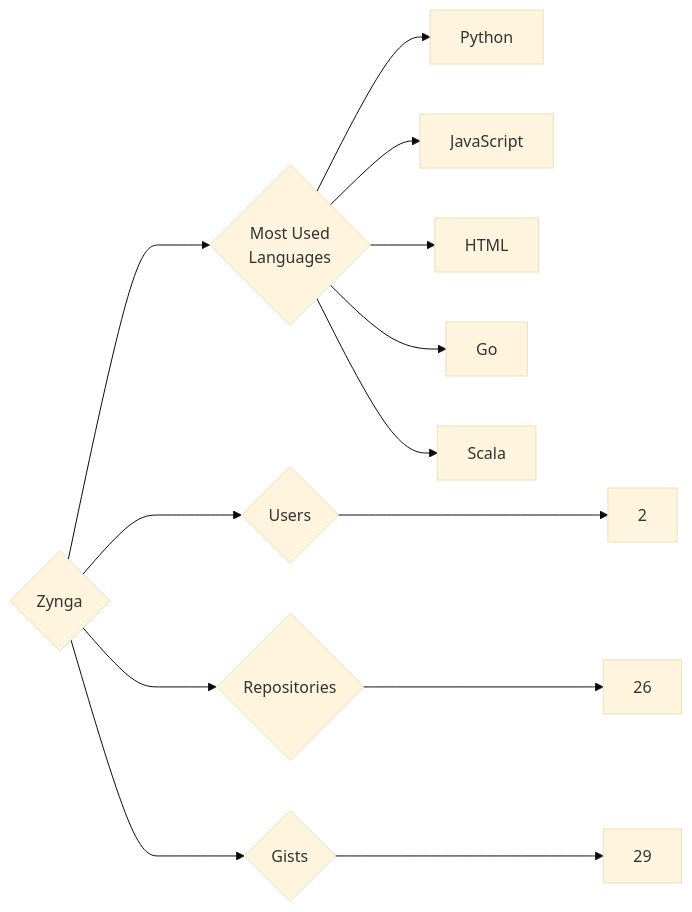
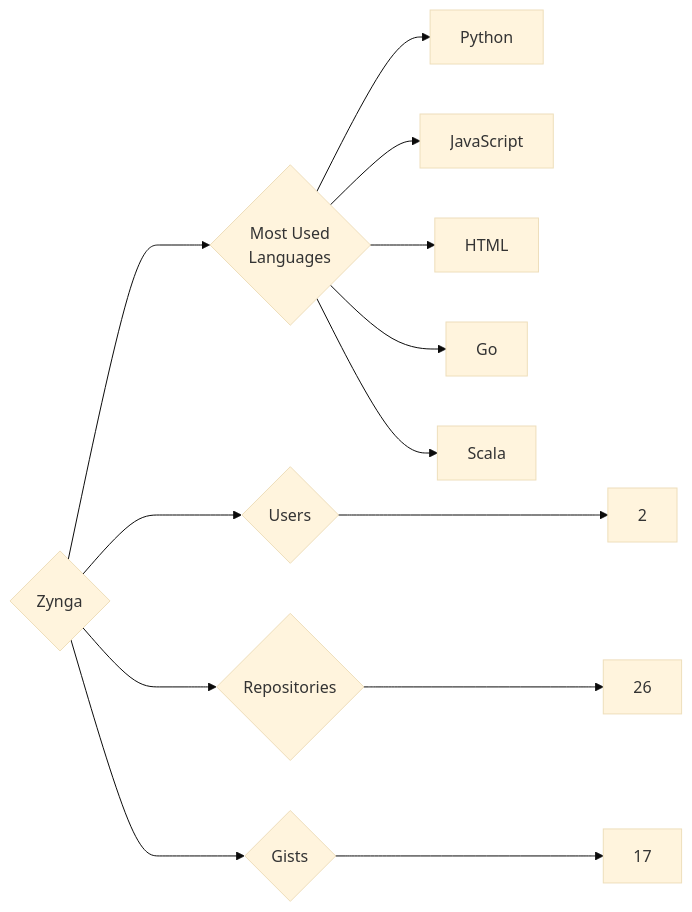
The diagram in targets/Zynga/README.md (trickest/insiders), drawn with Mermaid (base theme) before and after one commit. The commit also changed 833 other files, not shown here.

````diff
--- a/targets/Zynga/README.md
+++ b/targets/Zynga/README.md
@@ -3,13 +3,13 @@
 ```mermaid
 graph LR
 COMPANY_NAME{Zynga}
 COMPANY_NAME ---> U{Users} ---> UN[2]
 COMPANY_NAME ---> R{Repositories} ---> RN[26]
-COMPANY_NAME ---> G{Gists} ---> GN[29]
+COMPANY_NAME ---> G{Gists} ---> GN[17]
 COMPANY_NAME ---> ML{Most Used<br>Languages}
 ML --> Python[Python]
 ML --> JavaScript[JavaScript]
 ML --> HTML[HTML]
 ML --> Go[Go]
 ML --> Scala[Scala]
 ```
````
